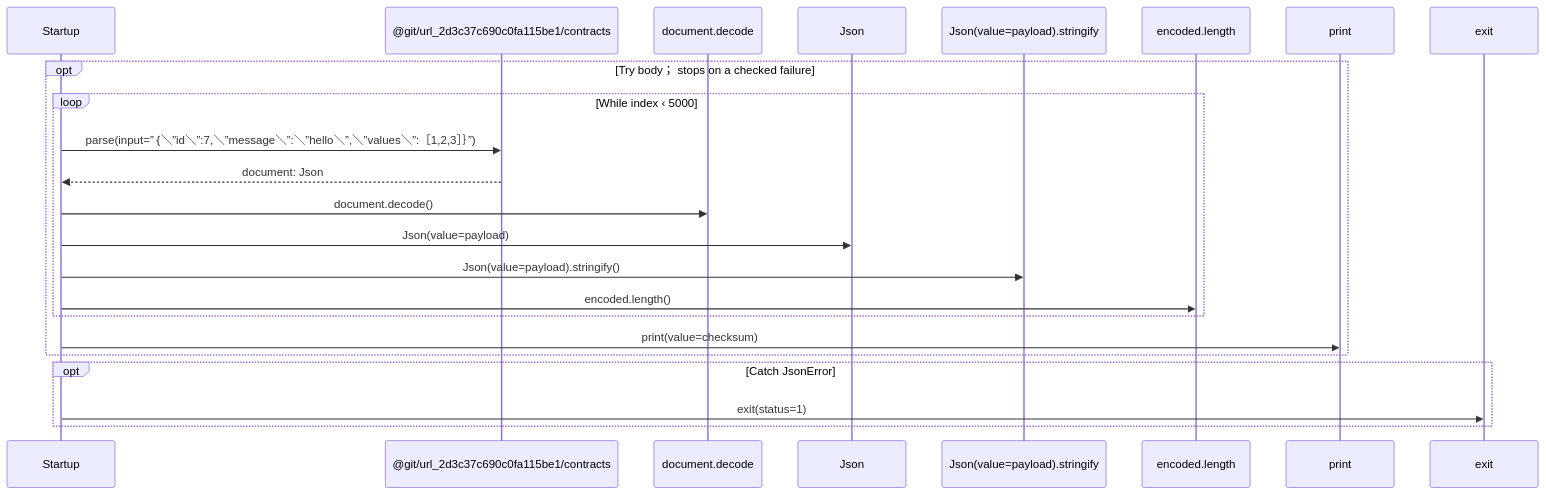
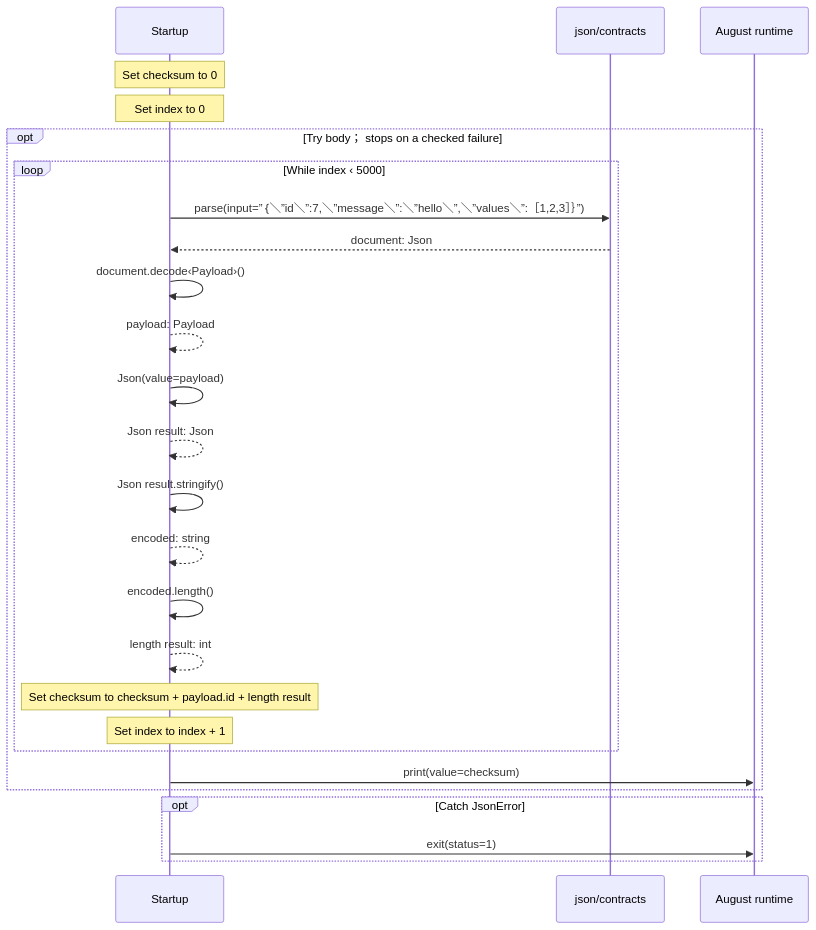
Before and after one commit to GreenPandaStudios/augscript: the diagram in benchmarks/json/main.aug.diagrams.md, drawn with Mermaid. The commit also changed other lines of this file and 304 other files, not shown here.

Commit message:
Make generated data-flow sequences concise and review every diagram

````diff
--- a/benchmarks/json/main.aug.diagrams.md
+++ b/benchmarks/json/main.aug.diagrams.md
@@ -30,25 +18,28 @@
 ```mermaid
 sequenceDiagram
     participant p0 as Startup
-    participant p1 as @git/url_2d3c37c690c0fa115be1/contracts
-    participant p2 as document.decode
-    participant p3 as Json
-    participant p4 as Json(value=payload).stringify
-    participant p5 as encoded.length
-    participant p6 as print
-    participant p7 as exit
+    participant p1 as json/contracts
+    participant p2 as August runtime
+    Note over p0: Set checksum to 0
+    Note over p0: Set index to 0
     opt Try body； stops on a checked failure
     loop While index ‹ 5000
     p0->>p1: parse(input=”｛＼”id＼”:7,＼”message＼”:＼”hello＼”,＼”values＼”:［1,2,3］｝”)
     p1-->>p0: document: Json
-    p0->>p2: document.decode()
-    p0->>p3: Json(value=payload)
-    p0->>p4: Json(value=payload).stringify()
-    p0->>p5: encoded.length()
+    p0->>p0: document.decode‹Payload›()
+    p0-->>p0: payload: Payload
+    p0->>p0: Json(value=payload)
+    p0-->>p0: Json result: Json
+    p0->>p0: Json result.stringify()
+    p0-->>p0: encoded: string
+    p0->>p0: encoded.length()
+    p0-->>p0: length result: int
+    Note over p0: Set checksum to checksum + payload.id + length result
+    Note over p0: Set index to index + 1
     end
-    p0->>p6: print(value=checksum)
+    p0->>p2: print(value=checksum)
     end
     opt Catch JsonError
-    p0->>p7: exit(status=1)
+    p0->>p2: exit(status=1)
     end
 ```
````
